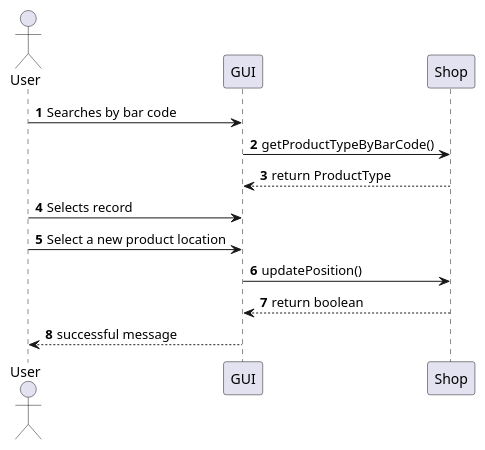
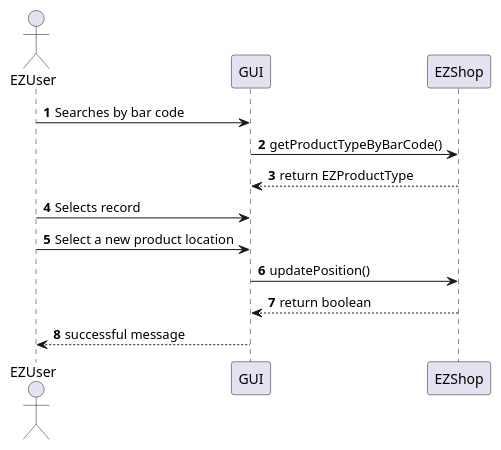
One commit to Stormz4/group20-EzShop changed the sixth of 24 diagrams in Deliverables/DesignDocument.md. Above: the diagram before and after it, drawn with PlantUML. The commit also changed other lines of this file and 3 other files, not shown here.

````diff
--- a/Deliverables/DesignDocument.md
+++ b/Deliverables/DesignDocument.md
@@ -437,15 +434,15 @@
 ```plantuml
 @startuml
-Actor User
+Actor EZUser
 autonumber
-User -> GUI: Searches by bar code
-GUI -> Shop: getProductTypeByBarCode()
-Shop --> GUI: return ProductType
+EZUser -> GUI: Searches by bar code
+GUI -> EZShop: getProductTypeByBarCode()
+EZShop --> GUI: return EZProductType
 
-User -> GUI: Selects record
-User -> GUI: Select a new product location
-GUI -> Shop: updatePosition()
-Shop --> GUI : return boolean
-GUI --> User : successful message
+EZUser -> GUI: Selects record
+EZUser -> GUI: Select a new product location
+GUI -> EZShop: updatePosition()
+EZShop --> GUI : return boolean
+GUI --> EZUser : successful message
 @enduml
 ```
````
